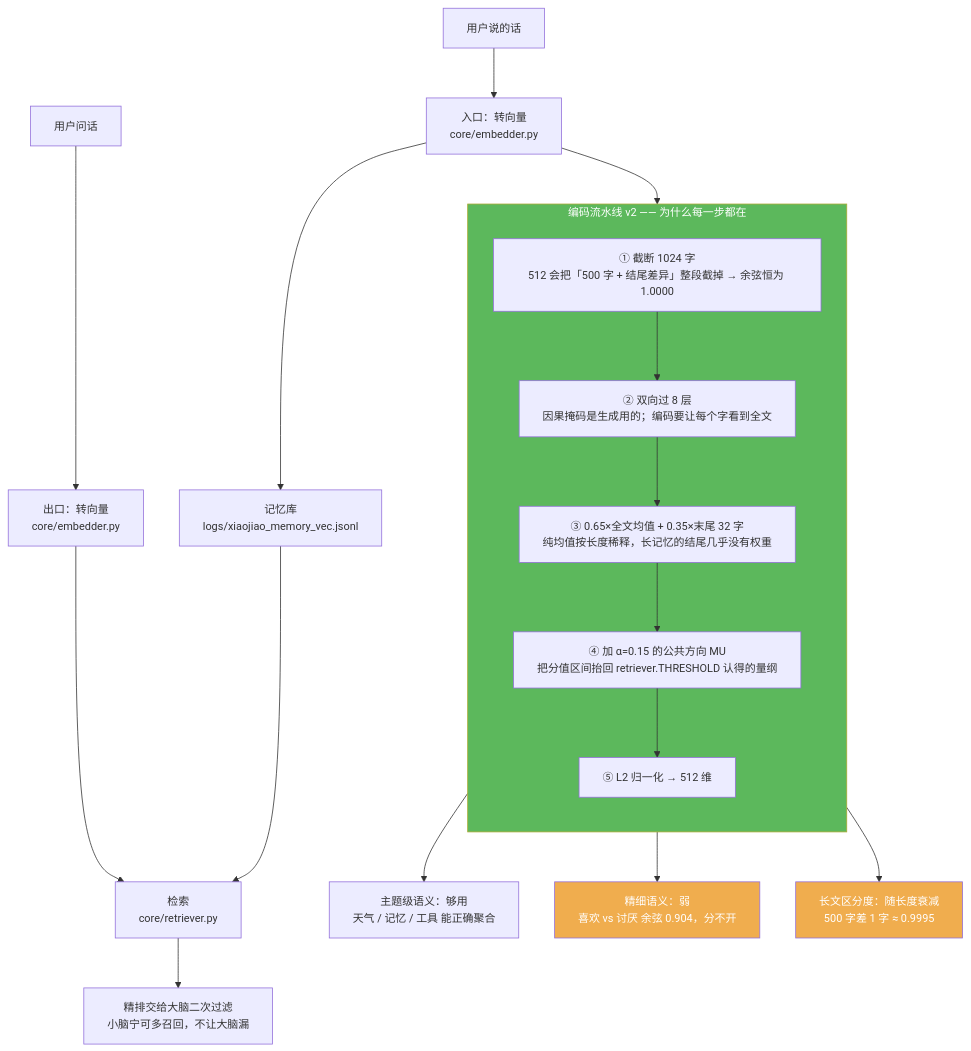
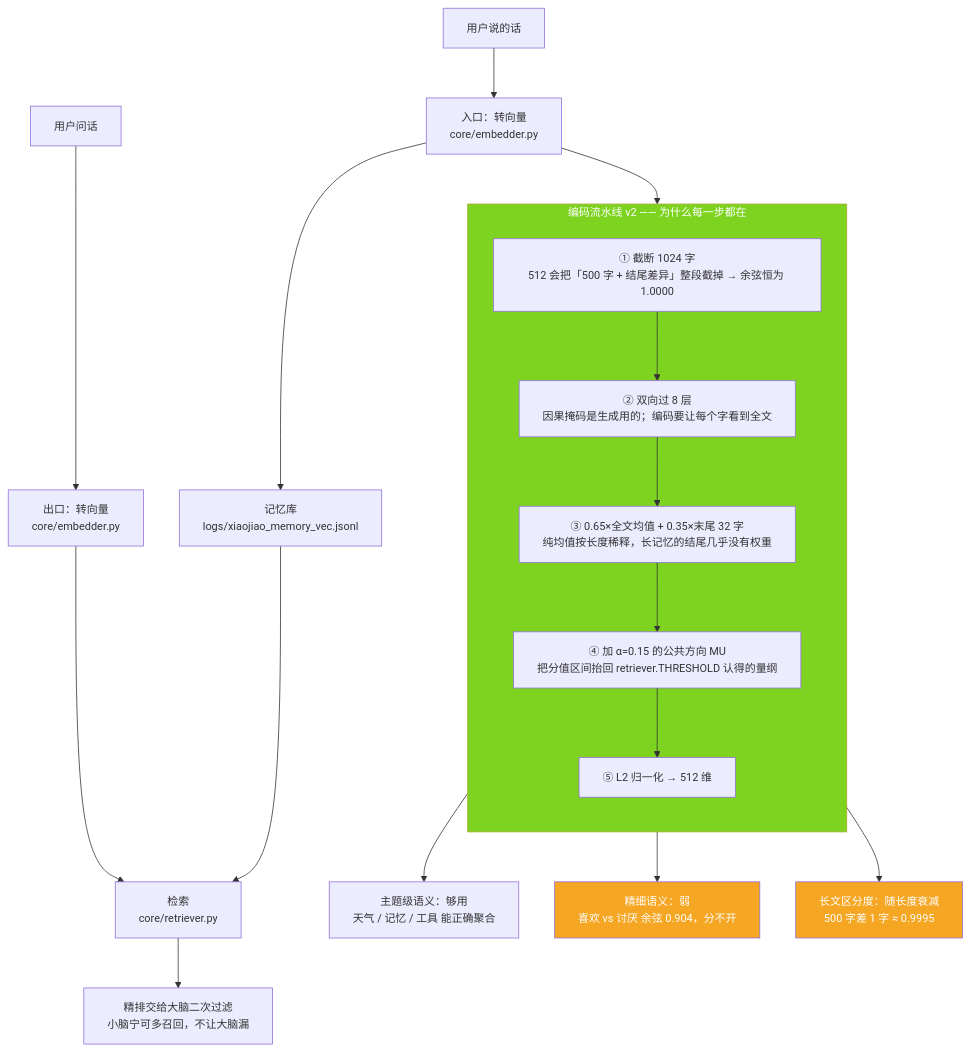
Diagram 16 of 20 in docs/architecture-diagrams.md (jiangchuangege/xiaojiao-harnees), drawn with Mermaid before and after one commit. The commit also changed other lines of this file and 32 other files, not shown here.

Commit message:
统一：全仓原理图配色到一套调色板 + 给 12 张灰图补色 + 修正自己会睡那张过期图

````diff
--- a/docs/architecture-diagrams.md
+++ b/docs/architecture-diagrams.md
@@ -558,28 +558,28 @@
 ```mermaid
 %%{init: {"themeVariables": {"fontSize": "14px"}, "flowchart": {"htmlLabels": true, "wrappingWidth": 360, "nodeSpacing": 46, "rankSpacing": 64, "useMaxWidth": true}}}%%
 flowchart TB
     IN["用户说的话"] --> E1["入口：转向量<br/>core/embedder.py"]
     E1 --> STORE["记忆库<br/>logs/xiaojiao_memory_vec.jsonl"]
     Q["用户问话"] --> E2["出口：转向量<br/>core/embedder.py"]
     E2 --> RET["检索<br/>core/retriever.py"]
     STORE --> RET
     RET --> BRAIN["精排交给大脑二次过滤<br/>小脑宁可多召回，不让大脑漏"]
     E1 --> PIPE
 
     subgraph PIPE["编码流水线 v2 —— 为什么每一步都在"]
         direction TB
         X1["① 截断 1024 字<br/>512 会把「500 字 + 结尾差异」整段截掉 → 余弦恒为 1.0000"]
         X2["② 双向过 8 层<br/>因果掩码是生成用的；编码要让每个字看到全文"]
         X3["③ 0.65×全文均值 + 0.35×末尾 32 字<br/>纯均值按长度稀释，长记忆的结尾几乎没有权重"]
         X4["④ 加 α=0.15 的公共方向 MU<br/>把分值区间抬回 retriever.THRESHOLD 认得的量纲"]
         X5["⑤ L2 归一化 → 512 维"]
         X1 --> X2 --> X3 --> X4 --> X5
     end
 
     X5 --> B1["主题级语义：够用<br/>天气 / 记忆 / 工具 能正确聚合"]
     X5 --> B2["精细语义：弱<br/>喜欢 vs 讨厌 余弦 0.904，分不开"]
     X5 --> B3["长文区分度：随长度衰减<br/>500 字差 1 字 ≈ 0.9995"]
-    style PIPE fill:#5cb85c,color:#fff
-    style B2 fill:#f0ad4e,color:#fff
-    style B3 fill:#f0ad4e,color:#fff
+    style PIPE fill:#7ED321,color:#fff
+    style B2 fill:#F5A623,color:#fff
+    style B3 fill:#F5A623,color:#fff
 ```
````
